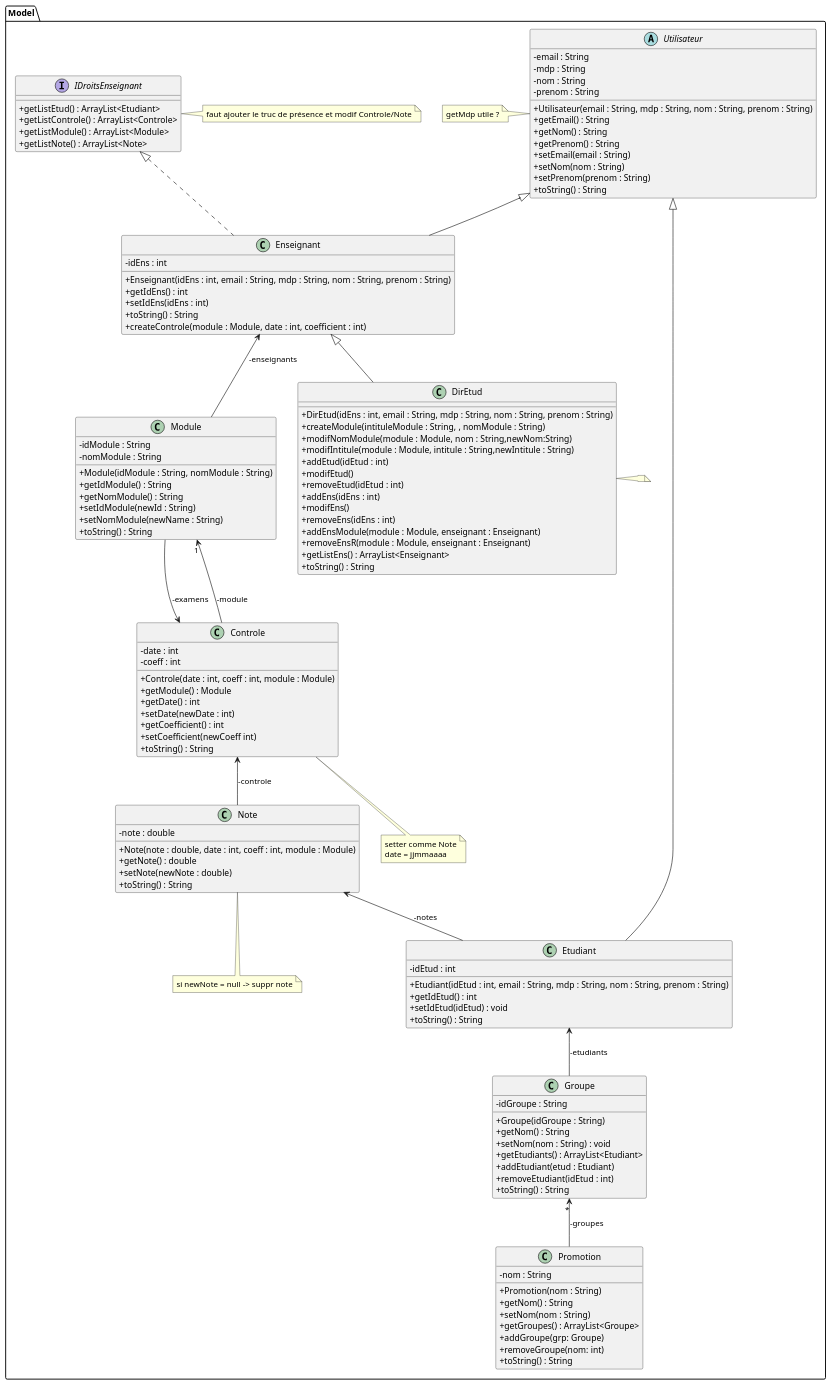
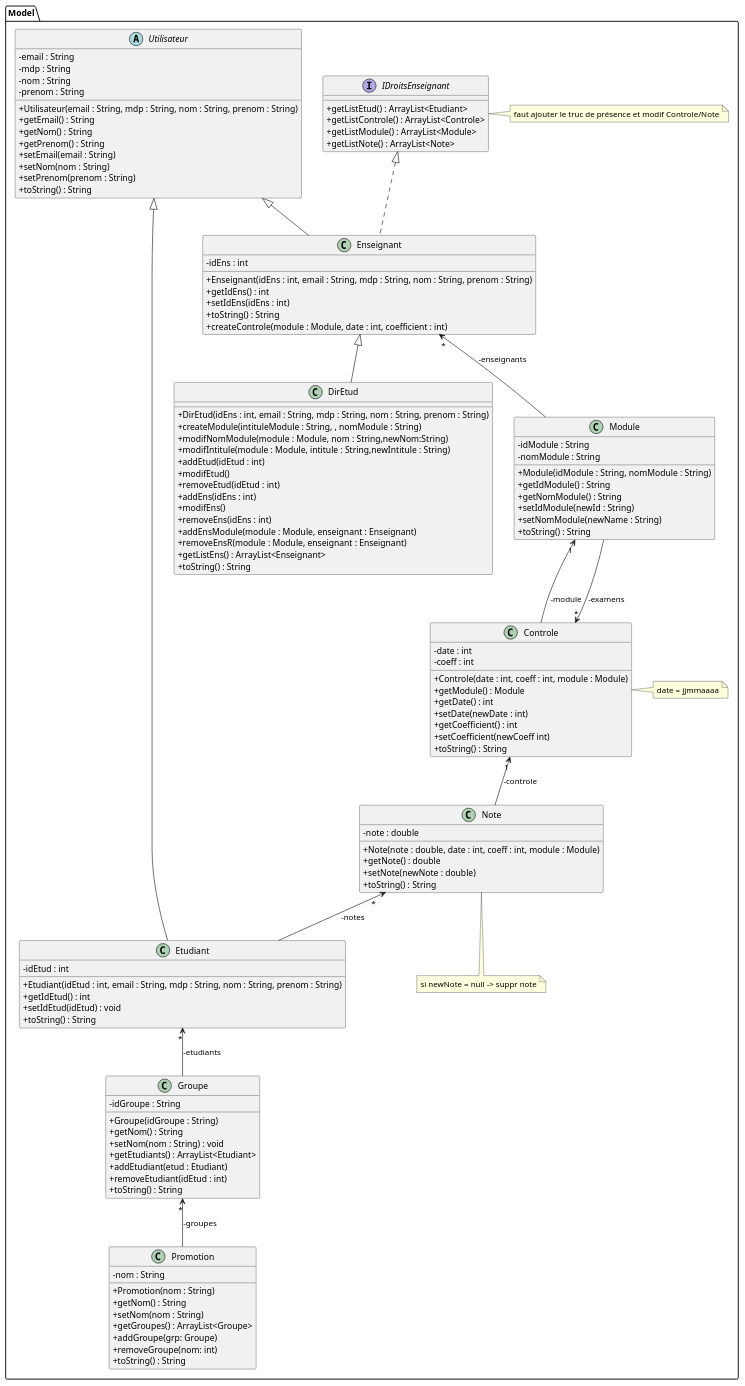
One commit to Lohasta/Kallax changed the diagram in s201_UML.md. Above: the diagram before and after it, drawn with PlantUML.

```diff
--- a/s201_UML.md
+++ b/s201_UML.md
@@ -18,9 +18,7 @@
 +setPrenom(prenom : String)
 +toString() : String
 }
-note left of Utilisateur{
-getMdp utile ?
-}
+
 interface IDroitsEnseignant{
 +getListEtud() : ArrayList<Etudiant>
 +getListControle() : ArrayList<Controle>
@@ -62,9 +60,7 @@
 +getListEns() : ArrayList<Enseignant>
 +toString() : String
 }
-note right of DirEtud{
 
-}
 +class Module{
 -idModule : String
 -nomModule : String
@@ -86,8 +82,7 @@
 +setCoefficient(newCoeff int)
 +toString() : String
 }
-note bottom of Controle{
-setter comme Note
+note right of Controle{
 date = jjmmaaaa
 }
 +class Note{
@@ -121,14 +116,14 @@
 +toString() : String
 }
 IDroitsEnseignant <|.. Enseignant
-Note " " <-- Etudiant : -notes
+Note "*" <-- Etudiant : -notes
 Module "1" <-- Controle : -module
-Controle " " <-- Module : -examens
-Enseignant " " <-- Module : -enseignants
-Etudiant " " <-- Groupe: -etudiants
+Controle "*" <-- Module : -examens
+Enseignant "*" <-- Module : -enseignants
+Etudiant "*" <-- Groupe: -etudiants
 Groupe "*" <-- Promotion : -groupes
 Utilisateur <|-- Etudiant
-Controle " " <-- Note : -controle
+Controle "1" <-- Note : -controle
 Utilisateur <|-- Enseignant
 Enseignant <|-- DirEtud
 
```
